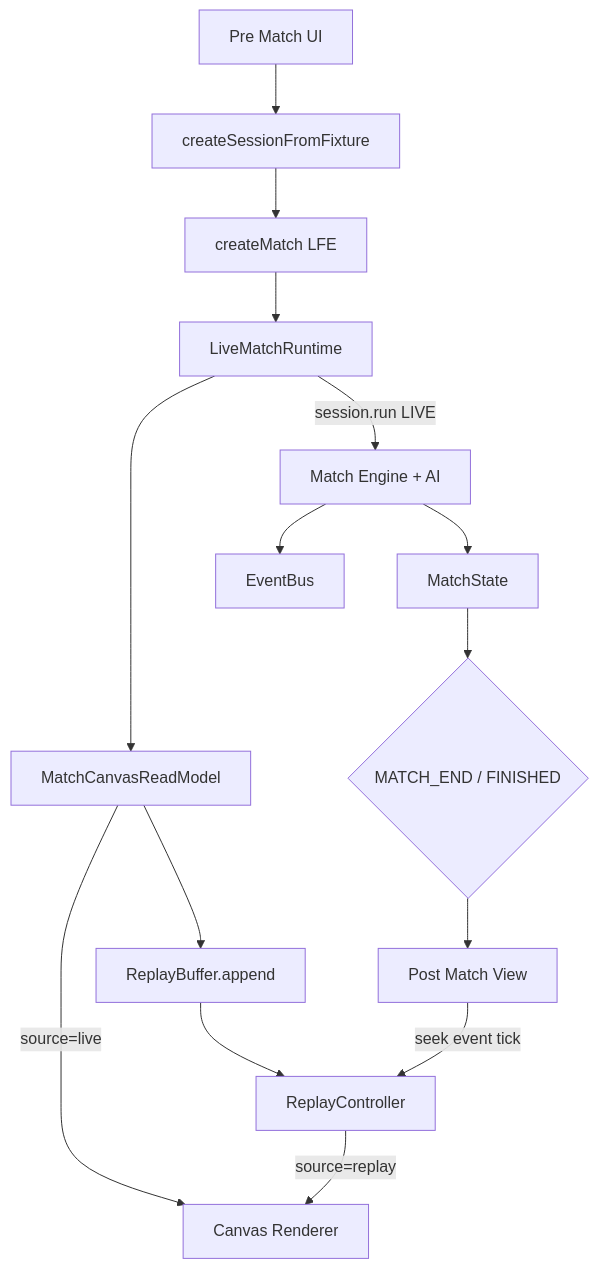
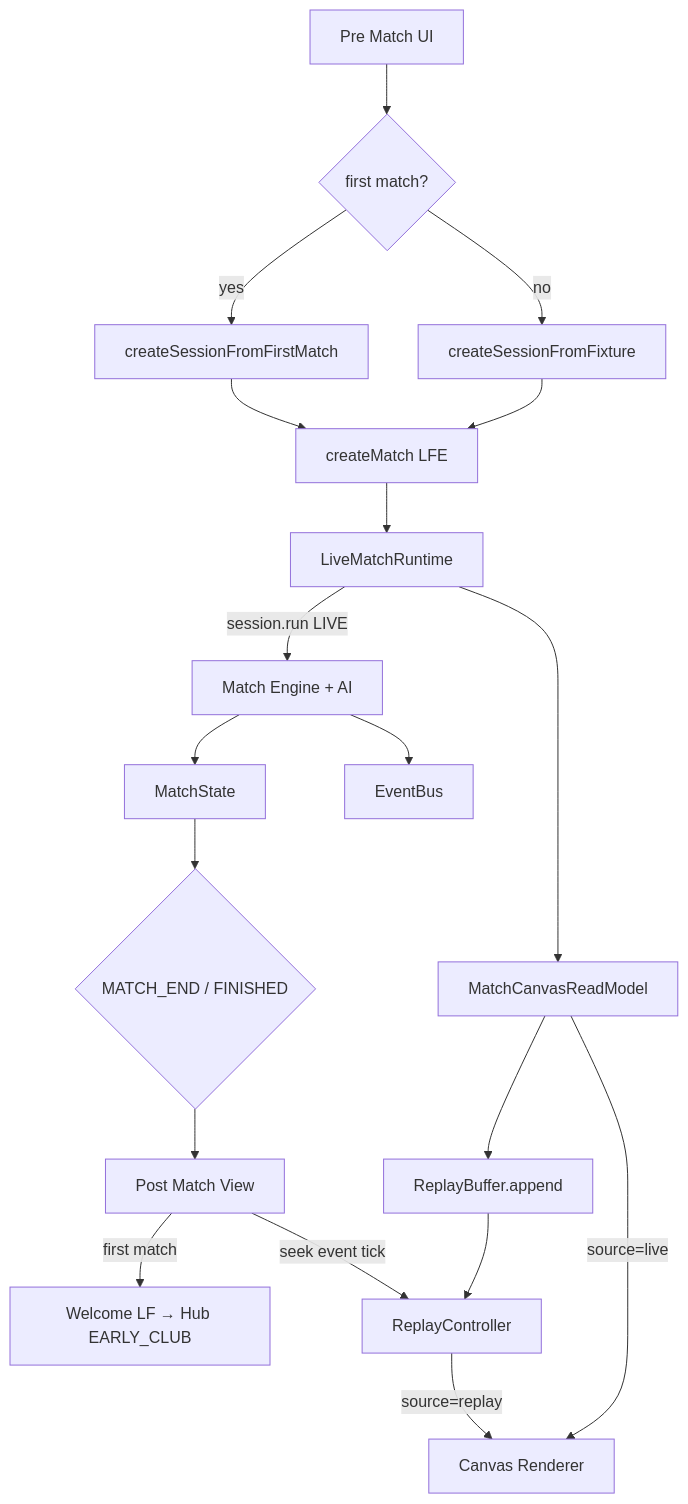
Before and after one commit to dawidthai125/lastfootball: the diagram in docs/web/MATCH_UI_PIPELINE.md, drawn with Mermaid. The commit also changed other lines of this file and 28 other files, not shown here.

````diff
--- a/docs/web/MATCH_UI_PIPELINE.md
+++ b/docs/web/MATCH_UI_PIPELINE.md
@@ -23,17 +29,21 @@
 ```mermaid
 flowchart TD
-  PM[Pre Match UI] --> CSF[createSessionFromFixture]
-  CSF --> CM[createMatch LFE]
+  PM[Pre Match UI] --> CSF{first match?}
+  CSF -->|yes| CFM[createSessionFromFirstMatch]
+  CSF -->|no| FIX[createSessionFromFixture]
+  CFM --> CM[createMatch LFE]
+  FIX --> CM
   CM --> LMR[LiveMatchRuntime]
   LMR -->|session.run LIVE| ENG[Match Engine + AI]
   ENG --> MS[MatchState]
   ENG --> EB[EventBus]
   LMR --> RM[MatchCanvasReadModel]
   RM --> BUF[ReplayBuffer.append]
   RM -->|source=live| CV[Canvas Renderer]
   BUF --> RC[ReplayController]
   RC -->|source=replay| CV
   MS --> END{MATCH_END / FINISHED}
   END --> POST[Post Match View]
+  POST -->|first match| WEL[Welcome LF → Hub EARLY_CLUB]
   POST -->|seek event tick| RC
 ```
````
